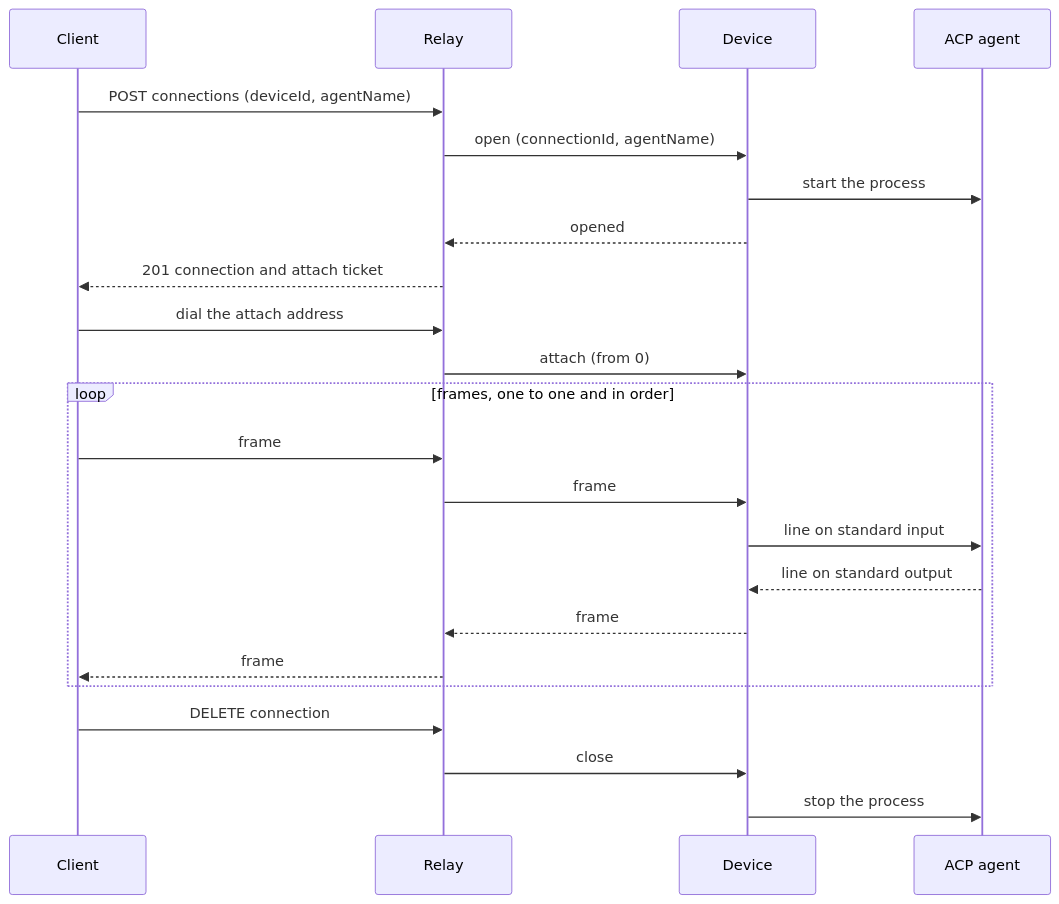
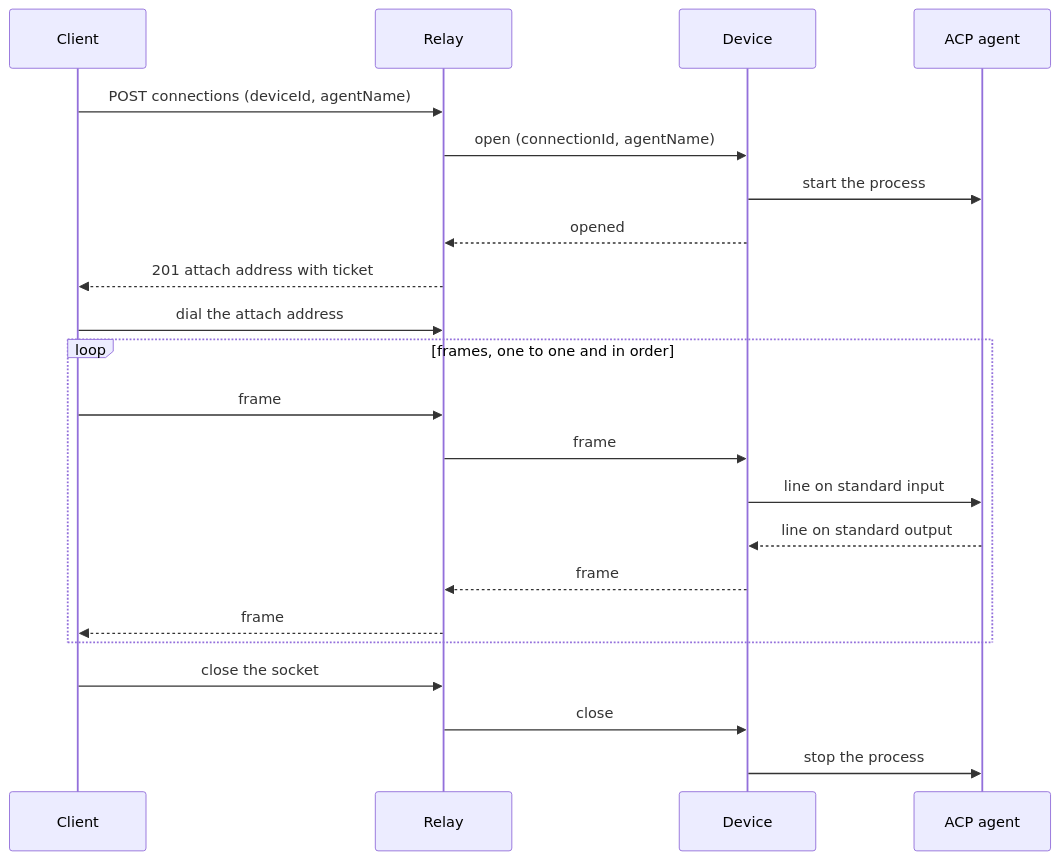
The fourth of 5 diagrams in docs/protocol/exterior-agent-protocol.md (lulu0119/acp-web-gateway), drawn with Mermaid before and after one commit. The commit also changed other lines of this file and 8 other files, not shown here.

````diff
--- a/docs/protocol/exterior-agent-protocol.md
+++ b/docs/protocol/exterior-agent-protocol.md
@@ -285,26 +268,25 @@
 ```mermaid
 sequenceDiagram
   participant Client
   participant Relay
   participant Device
   participant Agent as ACP agent
 
   Client->>Relay: POST connections (deviceId, agentName)
   Relay->>Device: open (connectionId, agentName)
   Device->>Agent: start the process
   Device-->>Relay: opened
-  Relay-->>Client: 201 connection and attach ticket
+  Relay-->>Client: 201 attach address with ticket
   Client->>Relay: dial the attach address
-  Relay->>Device: attach (from 0)
   loop frames, one to one and in order
     Client->>Relay: frame
     Relay->>Device: frame
     Device->>Agent: line on standard input
     Agent-->>Device: line on standard output
     Device-->>Relay: frame
     Relay-->>Client: frame
   end
-  Client->>Relay: DELETE connection
+  Client->>Relay: close the socket
   Relay->>Device: close
   Device->>Agent: stop the process
 ```
````
